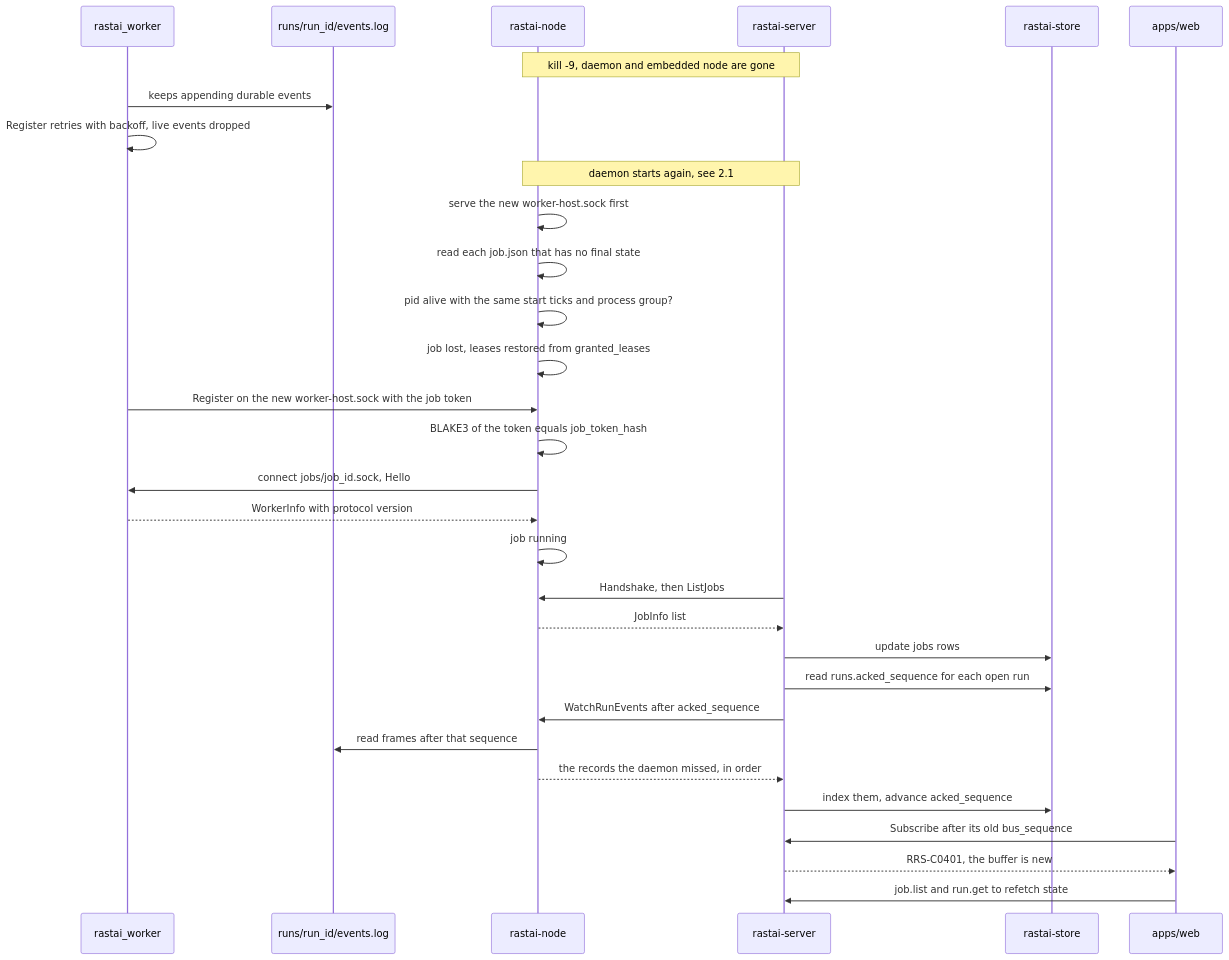
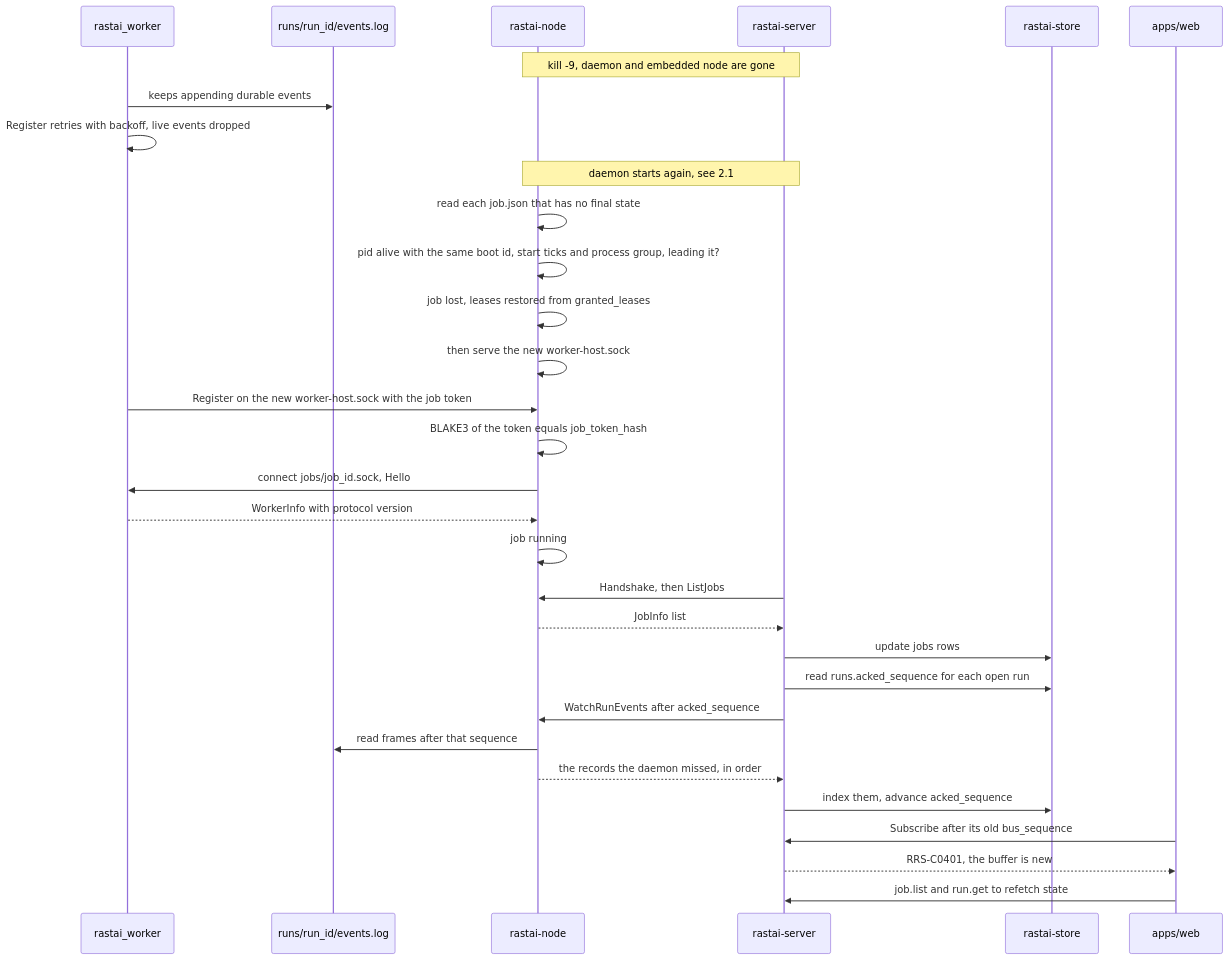
Before and after one commit to Snubiss/RASTAI-Research-Studio: the tenth of 55 diagrams in docs/architecture/flows/platform.md, drawn with Mermaid. The commit also changed other lines of this file and 23 other files, not shown here.

````diff
--- a/docs/architecture/flows/platform.md
+++ b/docs/architecture/flows/platform.md
@@ -491,33 +491,33 @@
 ```mermaid
 sequenceDiagram
   participant W as rastai_worker
   participant LOG as runs/run_id/events.log
   participant ND as rastai-node
   participant SRV as rastai-server
   participant STO as rastai-store
   participant WEB as apps/web
   Note over SRV,ND: kill -9, daemon and embedded node are gone
   W->>LOG: keeps appending durable events
   W->>W: Register retries with backoff, live events dropped
   Note over SRV,ND: daemon starts again, see 2.1
-  ND->>ND: serve the new worker-host.sock first
   ND->>ND: read each job.json that has no final state
-  ND->>ND: pid alive with the same start ticks and process group?
+  ND->>ND: pid alive with the same boot id, start ticks and process group, leading it?
   ND->>ND: job lost, leases restored from granted_leases
+  ND->>ND: then serve the new worker-host.sock
   W->>ND: Register on the new worker-host.sock with the job token
   ND->>ND: BLAKE3 of the token equals job_token_hash
   ND->>W: connect jobs/job_id.sock, Hello
   W-->>ND: WorkerInfo with protocol version
   ND->>ND: job running
   SRV->>ND: Handshake, then ListJobs
   ND-->>SRV: JobInfo list
   SRV->>STO: update jobs rows
   SRV->>STO: read runs.acked_sequence for each open run
   SRV->>ND: WatchRunEvents after acked_sequence
   ND->>LOG: read frames after that sequence
   ND-->>SRV: the records the daemon missed, in order
   SRV->>STO: index them, advance acked_sequence
   WEB->>SRV: Subscribe after its old bus_sequence
   SRV-->>WEB: RRS-C0401, the buffer is new
   WEB->>SRV: job.list and run.get to refetch state
 ```
````
